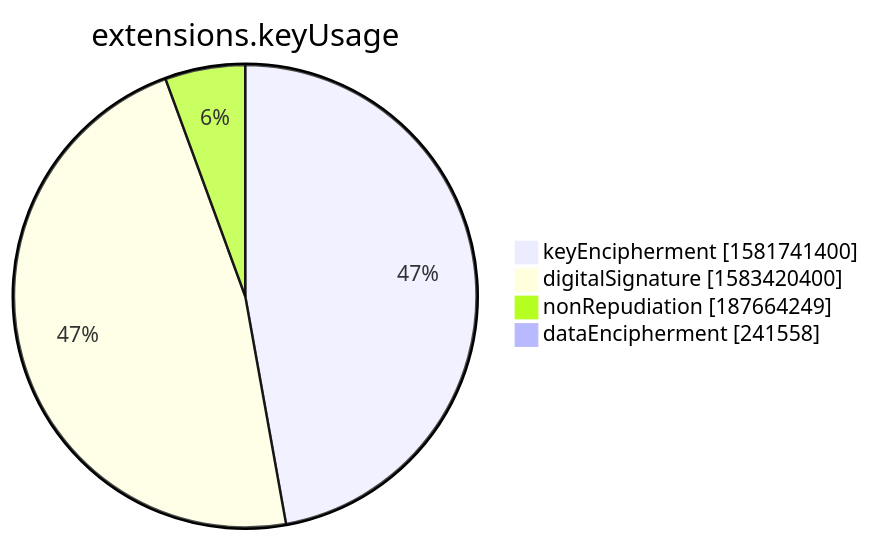
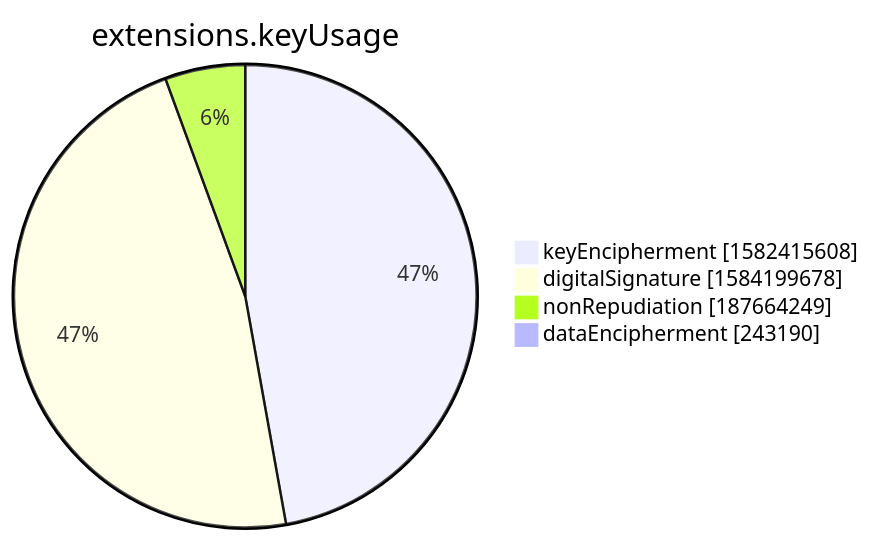
Before and after one commit to christiankrug/ctmonitor_visualization: the seventh of 15 diagrams in xenon2022/README.md, drawn with Mermaid. The commit also changed other lines of this file, not shown here.

````diff
--- a/xenon2022/README.md
+++ b/xenon2022/README.md
@@ -2854,8 +2854,8 @@
 ```mermaid
 pie showData
 title extensions.keyUsage
-"keyEncipherment" :1581741400
-"digitalSignature" :1583420400
+"keyEncipherment" :1582415608
+"digitalSignature" :1584199678
 "nonRepudiation" :187664249
-"dataEncipherment" :241558
+"dataEncipherment" :243190
 ```
````
